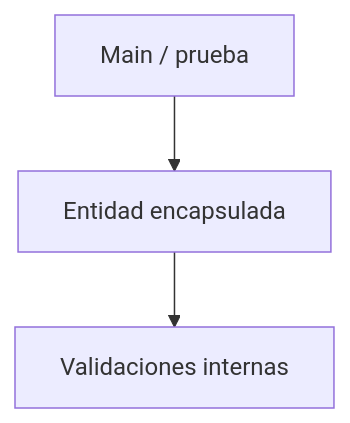
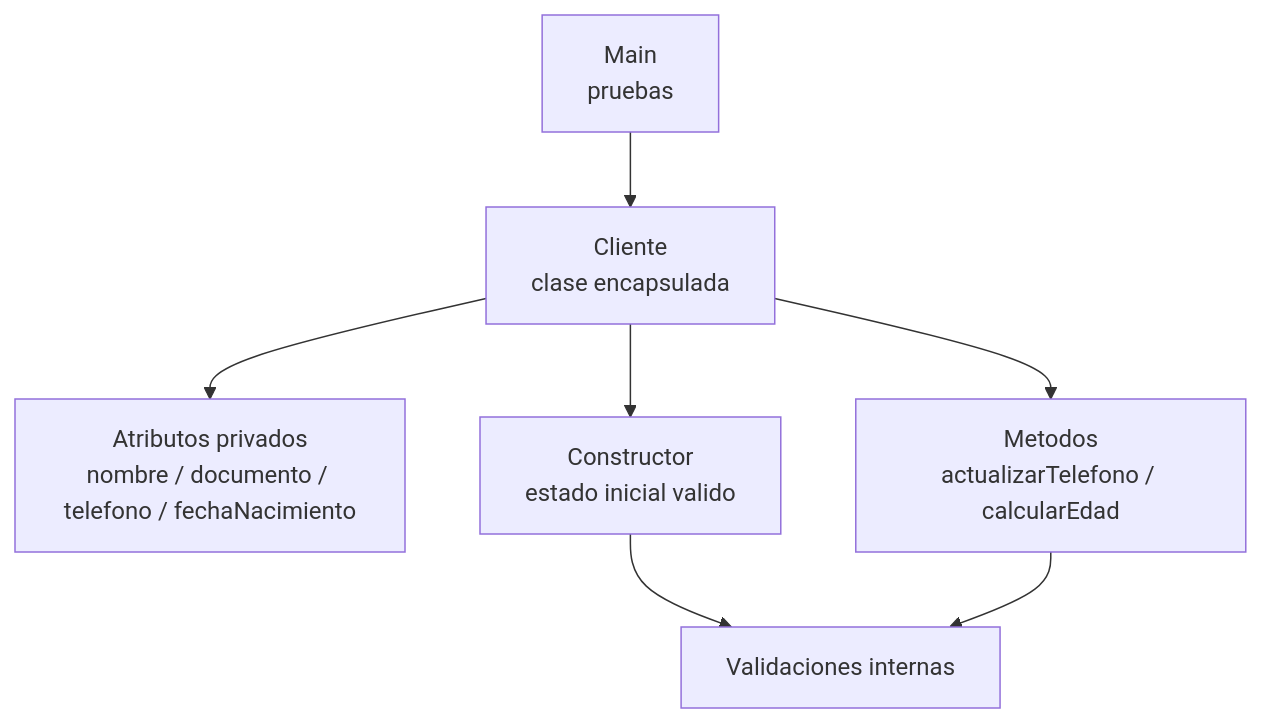
One commit to 262poo/comarket changed the second of 2 diagrams in docs/S02_Encapsulamiento_Constructores.md. Above: the diagram before and after it, drawn with Mermaid. The commit also changed other lines of this file and 4 other files, not shown here.

````diff
--- a/docs/S02_Encapsulamiento_Constructores.md
+++ b/docs/S02_Encapsulamiento_Constructores.md
@@ -58,9 +96,16 @@
 ```mermaid
 flowchart TB
-    Main["Main / prueba"]
-    Entidad["Entidad encapsulada"]
-    Validacion["Validaciones internas"]
+    Main["Main<br/>pruebas"]
+    Cliente["Cliente<br/>clase encapsulada"]
+    Atributos["Atributos privados<br/>nombre / documento / telefono / fechaNacimiento"]
+    Constructor["Constructor<br/>estado inicial valido"]
+    Metodos["Metodos<br/>actualizarTelefono / calcularEdad"]
+    Validaciones["Validaciones internas"]
 
-    Main --> Entidad
-    Entidad --> Validacion
+    Main --> Cliente
+    Cliente --> Atributos
+    Cliente --> Constructor
+    Cliente --> Metodos
+    Constructor --> Validaciones
+    Metodos --> Validaciones
 ```
````
